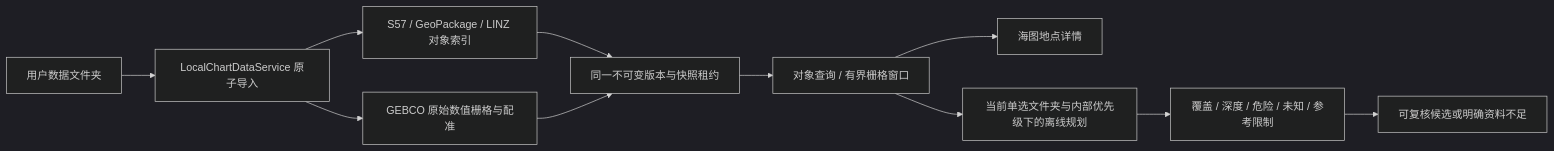
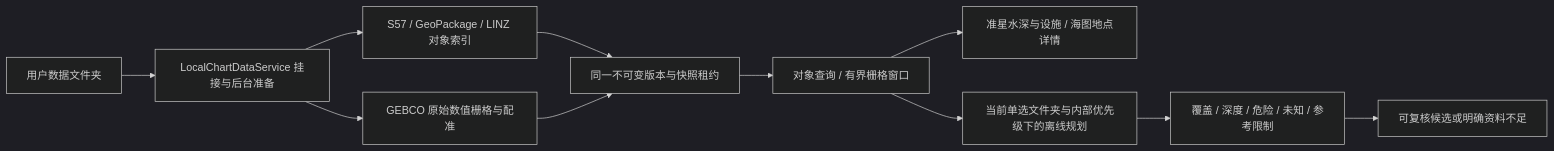
One commit to ohkuku/yokuli_marine_shell changed the diagram in docs/GEOPACKAGE_CHART_PROFILE.md. Above: the diagram before and after it, drawn with Mermaid (dark theme). The commit also changed other lines of this file and 42 other files, not shown here.

````diff
--- a/docs/GEOPACKAGE_CHART_PROFILE.md
+++ b/docs/GEOPACKAGE_CHART_PROFILE.md
@@ -172,13 +182,13 @@
 ```mermaid
 flowchart LR
-    F[用户数据文件夹] --> I[LocalChartDataService 原子导入]
+    F[用户数据文件夹] --> I[LocalChartDataService 挂接与后台准备]
     I --> V[S57 / GeoPackage / LINZ 对象索引]
     I --> R[GEBCO 原始数值栅格与配准]
     V --> S[同一不可变版本与快照租约]
     R --> S
     S --> Q[对象查询 / 有界栅格窗口]
-    Q --> M[海图地点详情]
+    Q --> M[准星水深与设施 / 海图地点详情]
     Q --> P[当前单选文件夹与内部优先级下的离线规划]
     P --> E[覆盖 / 深度 / 危险 / 未知 / 参考限制]
     E --> C[可复核候选或明确资料不足]
 ```
````
